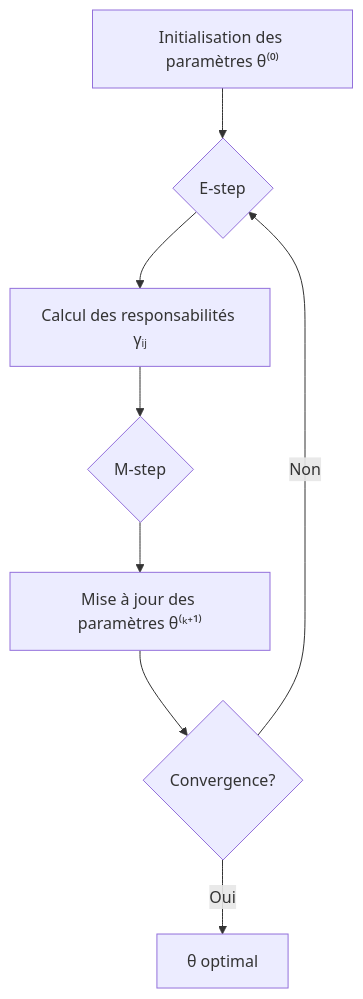
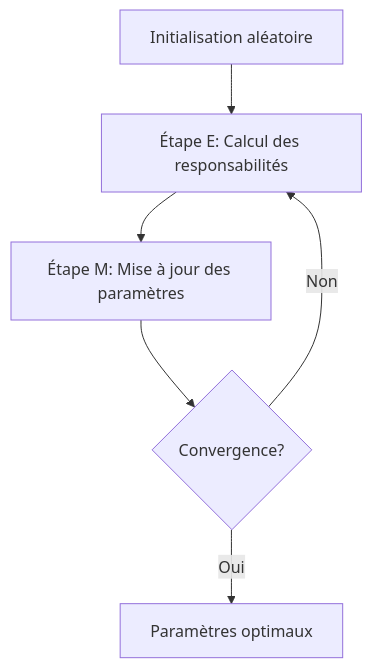
The first of 2 diagrams in fr/ds61q.qmd (Arkanthara/data_science), drawn with Mermaid before and after one commit. The commit also changed other lines of this file and 1 other file, not shown here.

````diff
--- a/fr/ds61q.qmd
+++ b/fr/ds61q.qmd
@@ -119,10 +155,8 @@
 ```{mermaid}
 graph TD
-    A[Initialisation des paramètres θ⁽⁰⁾] --> B{E-step};
-    B --> C[Calcul des responsabilités γᵢⱼ];
-    C --> D{M-step};
-    D --> E[Mise à jour des paramètres θ⁽ᵏ⁺¹⁾];
-    E --> F{Convergence?};
-    F -- Non --> B;
-    F -- Oui --> G[θ optimal];
+    A[Initialisation aléatoire] --> B[Étape E: Calcul des responsabilités];
+    B --> C[Étape M: Mise à jour des paramètres];
+    C --> D{Convergence?};
+    D -- Non --> B;
+    D -- Oui --> E[Paramètres optimaux];
 ```
````
